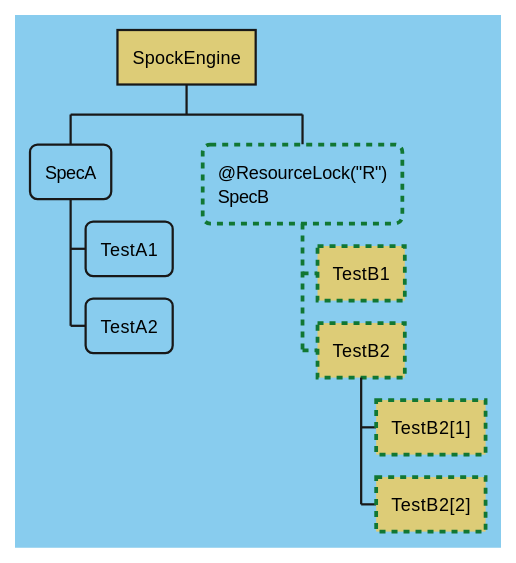
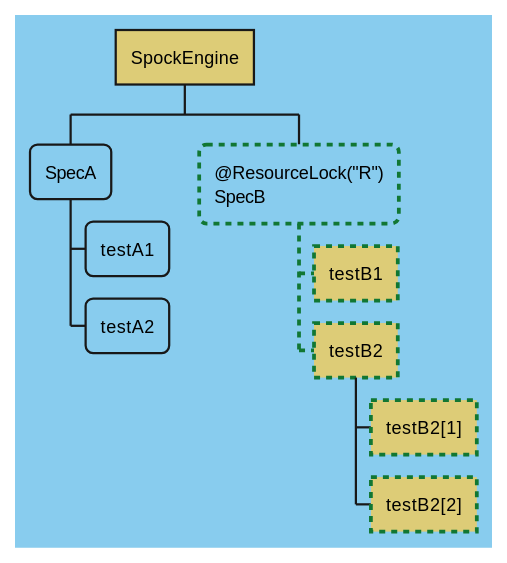
One commit to spockframework/spock changed the tenth of 15 diagrams in docs/parallel_execution.adoc. Above: the diagram before and after it, drawn with PlantUML. The commit also changed other lines of this file, not shown here.

Commit message:
Rename upper case Test to test in parallel_execution.adoc

```diff
--- a/docs/parallel_execution.adoc
+++ b/docs/parallel_execution.adoc
@@ -461,38 +461,38 @@
 [plantuml,images/lock-inherit-spec,svg]
 ....
 @startwbs
 <style>
 wbsDiagram {
   BackgroundColor #88CCEE
   RoundCorner 10
   node {
     :depth(0) {
       BackgroundColor #DDCC77
       RoundCorner 0
     }
   }
 
   .samethread * {
       BackgroundColor #DDCC77
       RoundCorner 0
   }
 
   .write_lock * {
       LineStyle 4
       LineThickness 2.5
       LineColor #117733
   }
 }
 </style>
 skinparam shadowing false
 * SpockEngine
 ** SpecA
-*** TestA1
-*** TestA2
+*** testA1
+*** testA2
 ** @ResourceLock("R")\nSpecB <<write_lock>>
-*** TestB1 <<samethread>>
-*** TestB2 <<samethread>>
-**** TestB2[1] <<samethread>>
-**** TestB2[2] <<samethread>>
+*** testB1 <<samethread>>
+*** testB2 <<samethread>>
+**** testB2[1] <<samethread>>
+**** testB2[2] <<samethread>>
 @endwbs
 ....
```
